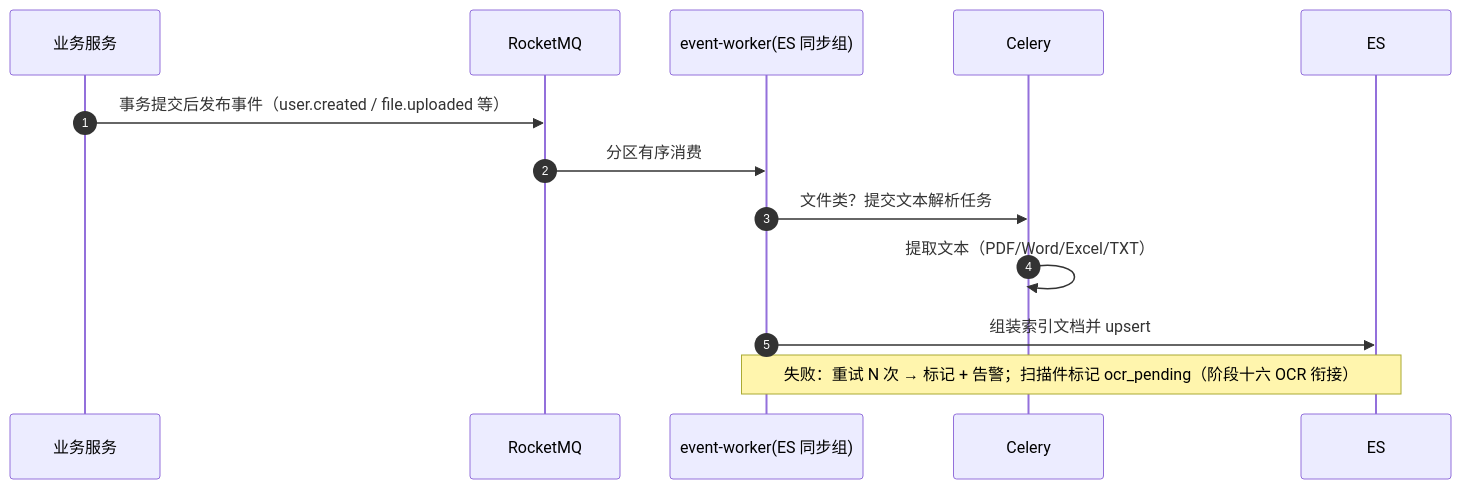
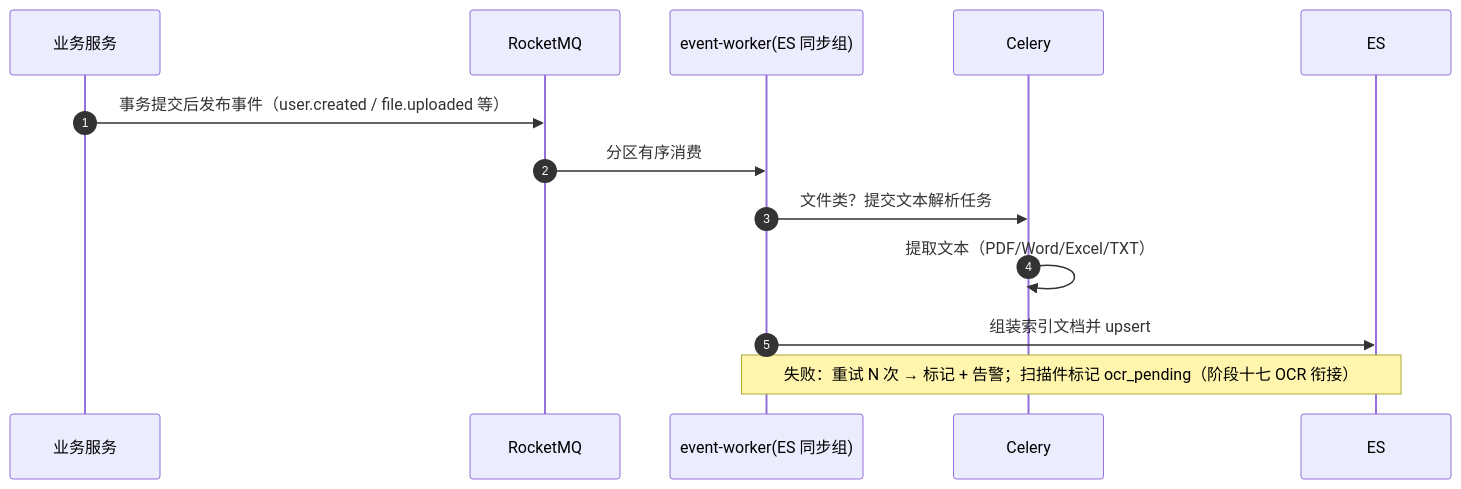
The first of 2 diagrams in bms文档/设计/概要设计/33_概要设计_全文检索.md (minjian123/basic-management-system), drawn with Mermaid before and after one commit. The commit also changed other lines of this file and 199 other files, not shown here.

````diff
--- a/bms文档/设计/概要设计/33_概要设计_全文检索.md
+++ b/bms文档/设计/概要设计/33_概要设计_全文检索.md
@@ -80,16 +80,16 @@
 ```mermaid
 sequenceDiagram
     autonumber
     participant 业务 as 业务服务
     participant MQ as RocketMQ
     participant worker as event-worker(ES 同步组)
     participant Celery
     participant ES
 
     业务->>MQ: 事务提交后发布事件（user.created / file.uploaded 等）
     MQ->>worker: 分区有序消费
     worker->>Celery: 文件类？提交文本解析任务
     Celery->>Celery: 提取文本（PDF/Word/Excel/TXT）
     worker->>ES: 组装索引文档并 upsert
-    Note over worker, ES: 失败：重试 N 次 → 标记 + 告警；扫描件标记 ocr_pending（阶段十六 OCR 衔接）
+    Note over worker, ES: 失败：重试 N 次 → 标记 + 告警；扫描件标记 ocr_pending（阶段十七 OCR 衔接）
 ```
````
